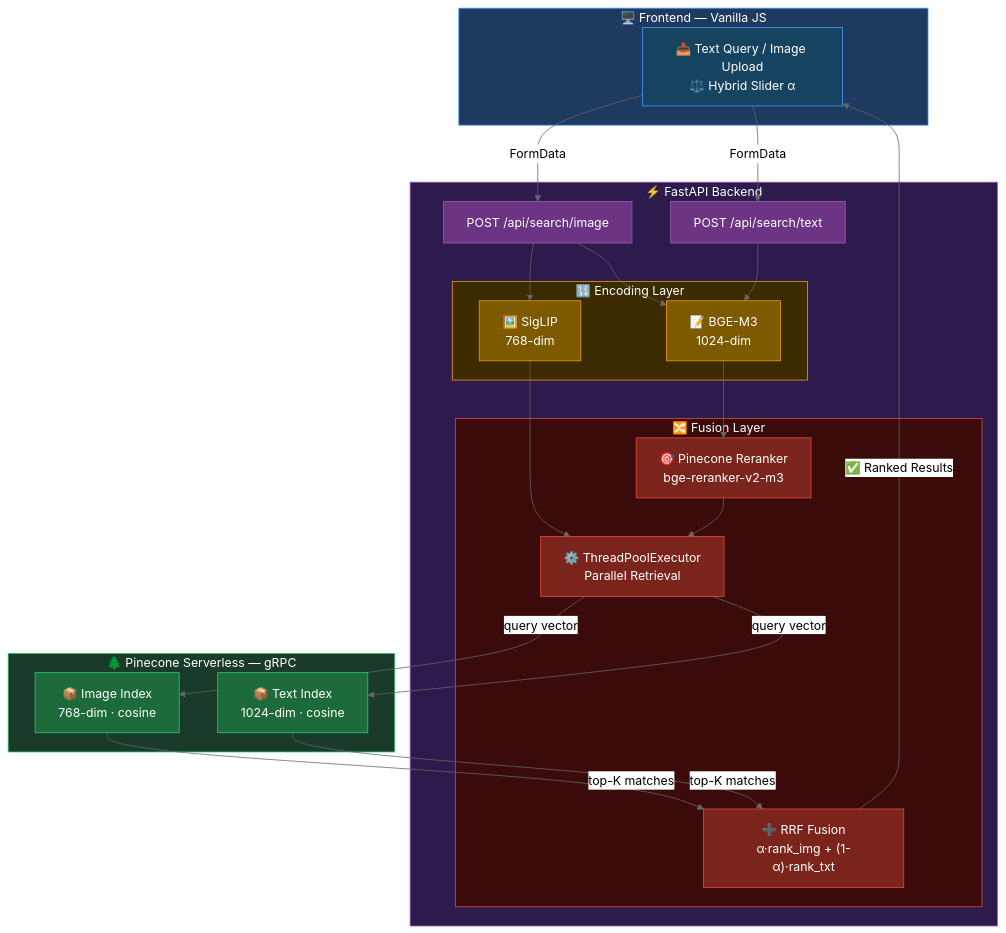
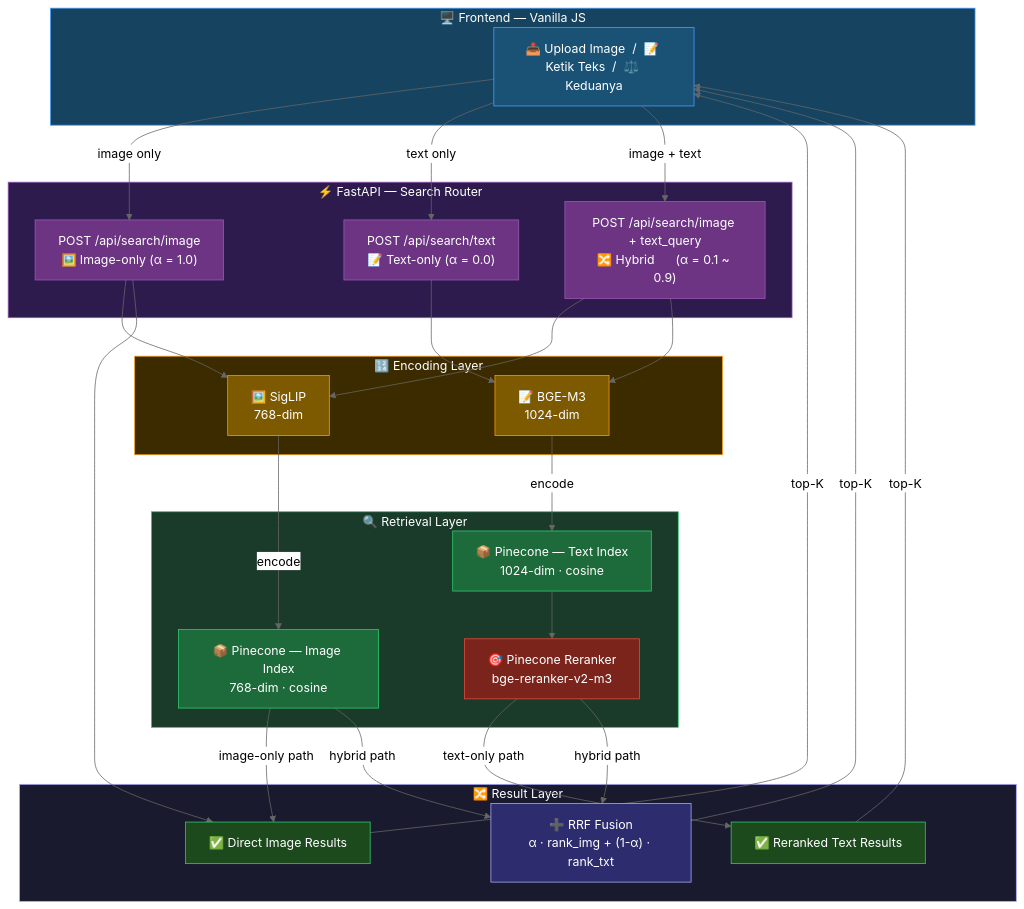
Before and after one commit to rioooranteai/recommendation-systems: the diagram in Semantic Image Fashion Recommender/README.md, drawn with Mermaid (neutral theme).

Commit message:
fix: update graph

````diff
--- a/Semantic Image Fashion Recommender/README.md
+++ b/Semantic Image Fashion Recommender/README.md
@@ -27,62 +27,76 @@
 ```mermaid
 flowchart TB
     subgraph FE["🖥️ Frontend — Vanilla JS"]
-        UI["📤 Text Query / Image Upload\n⚖️ Hybrid Slider α"]
+        UI["📤 Upload Image  /  📝 Ketik Teks  /  ⚖️ Keduanya"]
     end
 
-    subgraph API["⚡ FastAPI Backend"]
-        R1["POST /api/search/image"]
-        R2["POST /api/search/text"]
-
-        subgraph ENC["🔢 Encoding Layer"]
-            SIG["🖼️ SigLIP\n768-dim"]
-            BGE["📝 BGE-M3\n1024-dim"]
-        end
-
-        subgraph FUSE["🔀 Fusion Layer"]
-            PAR["⚙️ ThreadPoolExecutor\nParallel Retrieval"]
-            RERANK["🎯 Pinecone Reranker\nbge-reranker-v2-m3"]
-            RRF["➕ RRF Fusion\nα·rank_img + (1-α)·rank_txt"]
-        end
+    subgraph ROUTE["⚡ FastAPI — Search Router"]
+        R_IMG["POST /api/search/image\n🖼️ Image-only  (α = 1.0)"]
+        R_TXT["POST /api/search/text\n📝 Text-only   (α = 0.0)"]
+        R_HYB["POST /api/search/image + text_query\n🔀 Hybrid      (α = 0.1 ~ 0.9)"]
     end
 
-    subgraph VDB["🌲 Pinecone Serverless — gRPC"]
-        IDX1["📦 Image Index\n768-dim · cosine"]
-        IDX2["📦 Text Index\n1024-dim · cosine"]
+    subgraph ENC["🔢 Encoding Layer"]
+        SIG["🖼️ SigLIP\n768-dim"]
+        BGE["📝 BGE-M3\n1024-dim"]
     end
 
-    UI -->|"FormData"| R1
-    UI -->|"FormData"| R2
-    R1 --> SIG
-    R1 --> BGE
-    R2 --> BGE
-    SIG --> PAR
-    BGE --> RERANK
-    RERANK --> PAR
-    PAR -->|"query vector"| IDX1
-    PAR -->|"query vector"| IDX2
-    IDX1 -->|"top-K matches"| RRF
-    IDX2 -->|"top-K matches"| RRF
-    RRF -->|"✅ Ranked Results"| UI
+    subgraph RETRIEVAL["🔍 Retrieval Layer"]
+        IDX1["📦 Pinecone — Image Index\n768-dim · cosine"]
+        IDX2["📦 Pinecone — Text Index\n1024-dim · cosine"]
+        RERANK["🎯 Pinecone Reranker\nbge-reranker-v2-m3"]
+    end
 
-    style FE    fill:#1e3a5f,color:#ffffff,stroke:#4a9eff
-    style API   fill:#2d1b4e,color:#ffffff,stroke:#9b59b6
-    style VDB   fill:#1a3a2a,color:#ffffff,stroke:#2ecc71
+    subgraph FUSION["🔀 Result Layer"]
+        RRF["➕ RRF Fusion\nα · rank_img + (1-α) · rank_txt"]
+        DIRECT_IMG["✅ Direct Image Results"]
+        DIRECT_TXT["✅ Reranked Text Results"]
+    end
 
-    style ENC   fill:#3d2b00,color:#ffffff,stroke:#f39c12
-    style FUSE  fill:#3b0a0a,color:#ffffff,stroke:#e74c3c
+    UI -->|"image only"| R_IMG
+    UI -->|"text only"| R_TXT
+    UI -->|"image + text"| R_HYB
 
-    style UI    fill:#154360,color:#ffffff,stroke:#4a9eff
-    style R1    fill:#6c3483,color:#ffffff,stroke:#9b59b6
-    style R2    fill:#6c3483,color:#ffffff,stroke:#9b59b6
+    R_IMG --> SIG
+    R_TXT --> BGE
+    R_HYB --> SIG
+    R_HYB --> BGE
 
-    style SIG   fill:#7d5a00,color:#ffffff,stroke:#f39c12
-    style BGE   fill:#7d5a00,color:#ffffff,stroke:#f39c12
+    SIG -->|"encode"| IDX1
+    BGE -->|"encode"| IDX2
+    IDX2 --> RERANK
 
-    style PAR   fill:#7b241c,color:#ffffff,stroke:#e74c3c
-    style RERANK fill:#7b241c,color:#ffffff,stroke:#e74c3c
-    style RRF   fill:#7b241c,color:#ffffff,stroke:#e74c3c
+    R_IMG --> DIRECT_IMG
+    IDX1 -->|"image-only path"| DIRECT_IMG
 
-    style IDX1  fill:#1d6a3a,color:#ffffff,stroke:#2ecc71
-    style IDX2  fill:#1d6a3a,color:#ffffff,stroke:#2ecc71
+    RERANK -->|"text-only path"| DIRECT_TXT
+
+    IDX1 -->|"hybrid path"| RRF
+    RERANK -->|"hybrid path"| RRF
+
+    DIRECT_IMG -->|"top-K"| UI
+    DIRECT_TXT -->|"top-K"| UI
+    RRF -->|"top-K"| UI
+
+    style FE       fill:#154360,color:#ffffff,stroke:#4a9eff
+    style ROUTE    fill:#2d1b4e,color:#ffffff,stroke:#9b59b6
+    style ENC      fill:#3d2b00,color:#ffffff,stroke:#f39c12
+    style RETRIEVAL fill:#1a3a2a,color:#ffffff,stroke:#2ecc71
+    style FUSION   fill:#1a1a2e,color:#ffffff,stroke:#aaaaff
+
+    style UI       fill:#1a5276,color:#ffffff,stroke:#4a9eff
+    style R_IMG    fill:#6c3483,color:#ffffff,stroke:#9b59b6
+    style R_TXT    fill:#6c3483,color:#ffffff,stroke:#9b59b6
+    style R_HYB    fill:#6c3483,color:#ffffff,stroke:#9b59b6
+
+    style SIG      fill:#7d5a00,color:#ffffff,stroke:#f39c12
+    style BGE      fill:#7d5a00,color:#ffffff,stroke:#f39c12
+
+    style IDX1     fill:#1d6a3a,color:#ffffff,stroke:#2ecc71
+    style IDX2     fill:#1d6a3a,color:#ffffff,stroke:#2ecc71
+    style RERANK   fill:#7b241c,color:#ffffff,stroke:#e74c3c
+
+    style RRF         fill:#2c2c6e,color:#ffffff,stroke:#aaaaff
+    style DIRECT_IMG  fill:#1d4a1d,color:#ffffff,stroke:#2ecc71
+    style DIRECT_TXT  fill:#1d4a1d,color:#ffffff,stroke:#2ecc71
 ```
````
